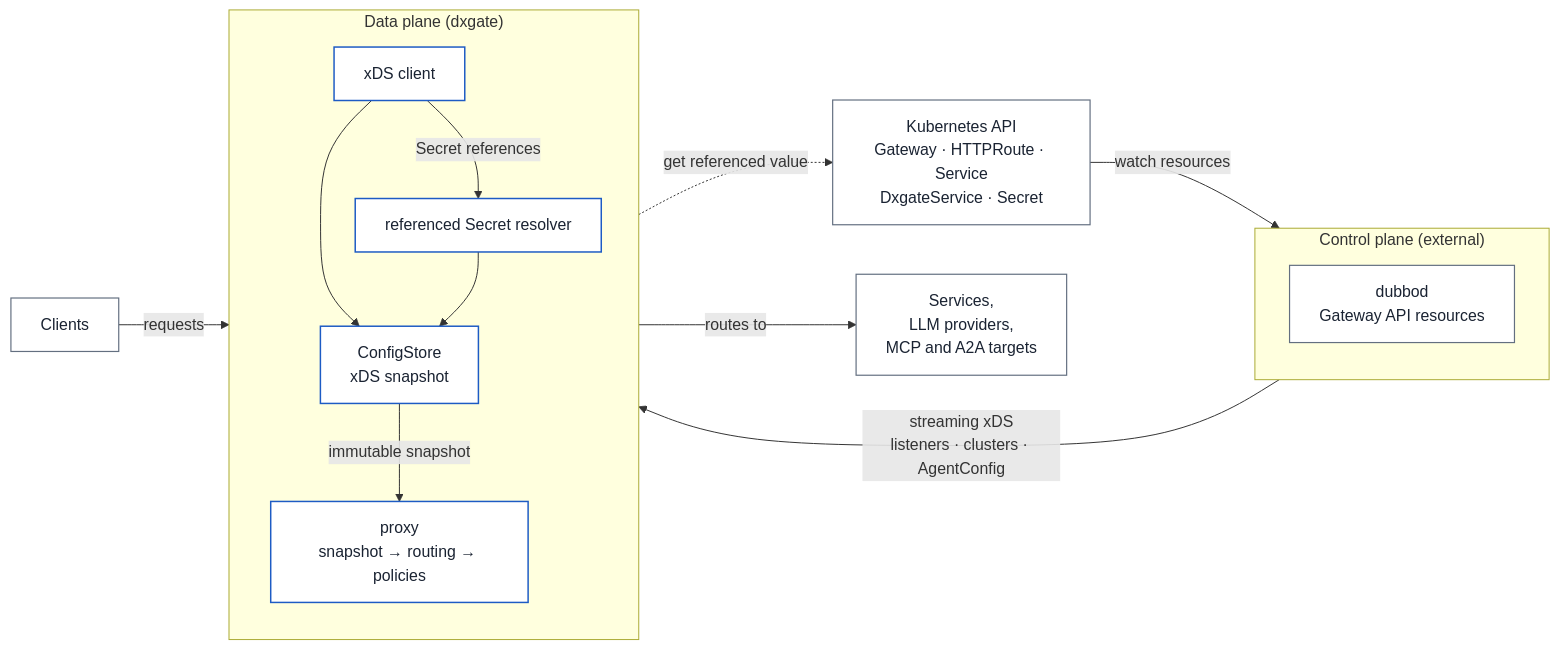
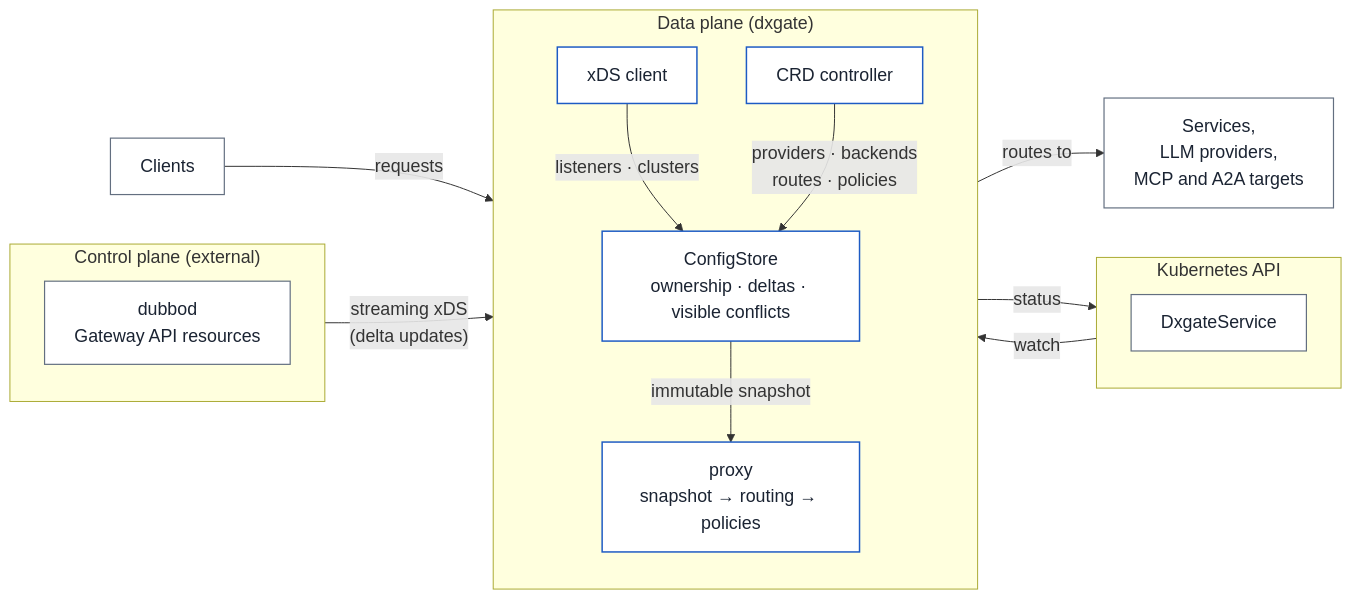
One commit to dsmlx/dsmlx.github.io changed the diagram in docs/dxgate/architecture.en.md. Above: the diagram before and after it, drawn with Mermaid. The commit also changed 14 other files, not shown here.

Commit message:
docs: expand dxgate service guides

````diff
--- a/docs/dxgate/architecture.en.md
+++ b/docs/dxgate/architecture.en.md
@@ -5,35 +5,38 @@
 ```mermaid
+%%{init: {"themeVariables": {"fontSize": "18px"}}}%%
 flowchart LR
   subgraph cp["Control plane (external)"]
     direction TB
     dubbod["dubbod<br/>Gateway API resources"]
   end
 
-  kube["Kubernetes API<br/>Gateway · HTTPRoute · Service<br/>DxgateService · Secret"]
+  subgraph kube["Kubernetes API"]
+    direction TB
+    crd["DxgateService"]
+  end
 
   subgraph dp["Data plane (dxgate)"]
     direction TB
     xds["xDS client"]
-    secrets["referenced Secret resolver"]
-    store["ConfigStore<br/>xDS snapshot"]
+    informer["CRD controller"]
+    store["ConfigStore<br/>ownership · deltas · visible conflicts"]
     proxy["proxy<br/>snapshot → routing → policies"]
   end
 
   clients["Clients"]
   targets["Services,<br/>LLM providers,<br/>MCP and A2A targets"]
 
-  kube -- "watch resources" --> dubbod
-  dubbod -- "streaming xDS<br/>listeners · clusters · AgentConfig" --> xds
-  xds --> store
-  xds -- "Secret references" --> secrets
-  secrets -. "get referenced value" .-> kube
-  secrets --> store
+  dubbod -- "streaming xDS<br/>(delta updates)" --> xds
+  crd -- "watch" --> informer
+  informer -- "status" --> crd
+  xds -- "listeners · clusters" --> store
+  informer -- "providers · backends<br/>routes · policies" --> store
   store -- "immutable snapshot" --> proxy
   clients -- "requests" --> proxy
   proxy -- "routes to" --> targets
 
   classDef ext fill:#FFFFFF,stroke:#636F80,stroke-width:1.2px,color:#1A2332;
   classDef core fill:#FFFFFF,stroke:#1D5BC4,stroke-width:1.5px,color:#1A2332;
-  class dubbod,kube,clients,targets ext;
-  class xds,secrets,store,proxy core;
+  class dubbod,crd,clients,targets ext;
+  class xds,informer,store,proxy core;
 ```
````
